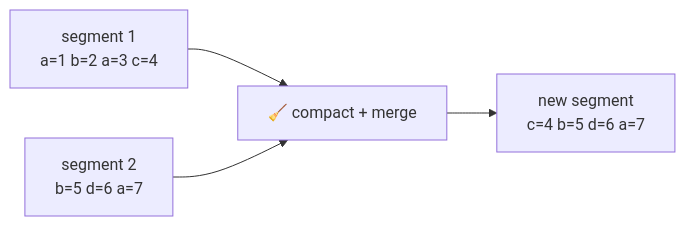
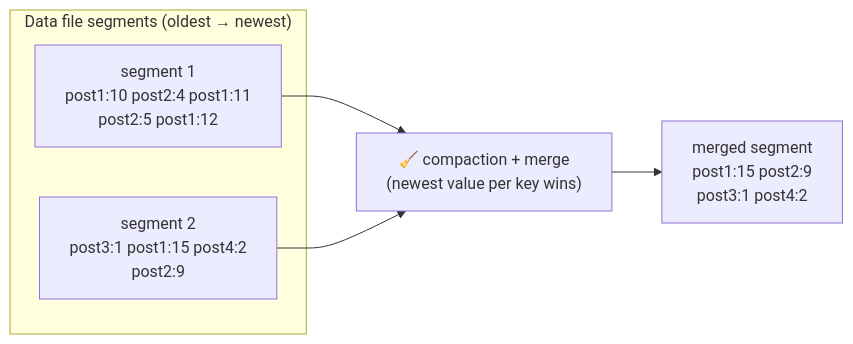
One commit to pratikguru998/ddia-book changed the second of 20 diagrams in docs/chapters/part-1/03-storage-retrieval.mdx. Above: the diagram before and after it, drawn with Mermaid. The commit also changed other lines of this file and 13 other files, not shown here.

Commit message:
Expand all 12 chapters: every book subsection, deeper notes, ~320 diagrams

````diff
--- a/docs/chapters/part-1/03-storage-retrieval.mdx
+++ b/docs/chapters/part-1/03-storage-retrieval.mdx
@@ -47,6 +92,10 @@
 ```mermaid
 flowchart LR
-  S1["segment 1<br/>a=1 b=2 a=3 c=4"] --> C["🧹 compact + merge"]
-  S2["segment 2<br/>b=5 d=6 a=7"] --> C
-  C --> N["new segment<br/>c=4 b=5 d=6 a=7"]
+  subgraph BEFORE["Data file segments (oldest → newest)"]
+    S1["segment 1<br/>post1:10 post2:4 post1:11<br/>post2:5 post1:12"]
+    S2["segment 2<br/>post3:1 post1:15 post4:2<br/>post2:9"]
+  end
+  S1 --> C["🧹 compaction + merge<br/>(newest value per key wins)"]
+  S2 --> C
+  C --> M["merged segment<br/>post1:15 post2:9<br/>post3:1 post4:2"]
 ```
````
